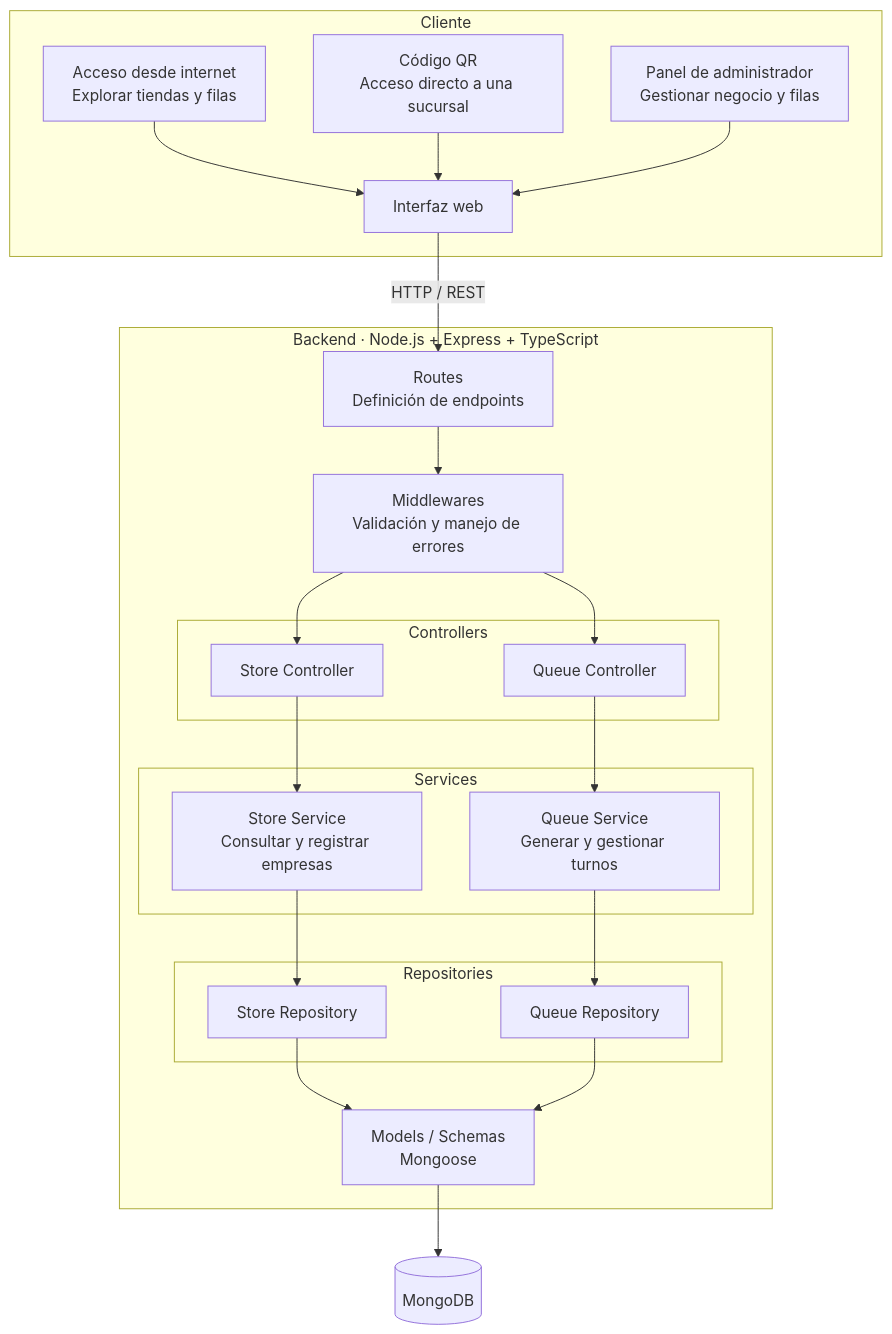
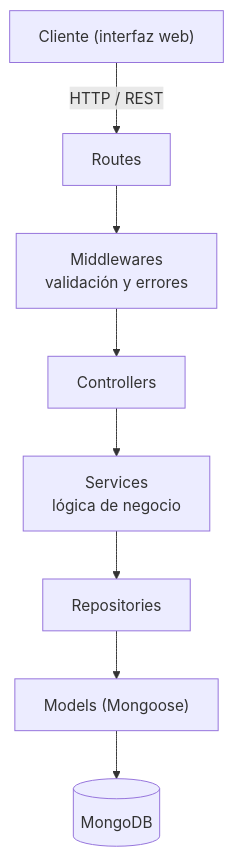
The diagram in README.md (FabXix/TurnHub), drawn with Mermaid before and after one commit. The commit also changed other lines of this file and 20 other files, not shown here.

````diff
--- a/README.md
+++ b/README.md
@@ -7,52 +26,10 @@
 ```mermaid
 flowchart TB
-    subgraph CLIENTE["Cliente"]
-        WEB["Interfaz web"]
-        INTERNET["Acceso desde internet<br/>Explorar tiendas y filas"]
-        QR["Código QR<br/>Acceso directo a una sucursal"]
-        ADMIN["Panel de administrador<br/>Gestionar negocio y filas"]
-    end
-
-    subgraph BACKEND["Backend · Node.js + Express + TypeScript"]
-        ROUTES["Routes<br/>Definición de endpoints"]
-        MW["Middlewares<br/>Validación y manejo de errores"]
-
-        subgraph CONTROLLERS["Controllers"]
-            C1["Store Controller"]
-            C2["Queue Controller"]
-        end
-
-        subgraph SERVICES["Services"]
-            S1["Store Service<br/>Consultar y registrar empresas"]
-            S2["Queue Service<br/>Generar y gestionar turnos"]
-        end
-
-        subgraph REPOSITORIES["Repositories"]
-            R1["Store Repository"]
-            R2["Queue Repository"]
-        end
-
-        MODELS["Models / Schemas<br/>Mongoose"]
-    end
-
-    DB[("MongoDB")]
-
-    INTERNET --> WEB
-    QR --> WEB
-    ADMIN --> WEB
-
-    WEB -->|"HTTP / REST"| ROUTES
-    ROUTES --> MW
-    MW --> C1
-    MW --> C2
-
-    C1 --> S1
-    C2 --> S2
-
-    S1 --> R1
-    S2 --> R2
-
-    R1 --> MODELS
-    R2 --> MODELS
-    MODELS --> DB
+    CLIENTE["Cliente (interfaz web)"] -->|"HTTP / REST"| ROUTES["Routes"]
+    ROUTES --> MW["Middlewares<br/>validación y errores"]
+    MW --> CTRL["Controllers"]
+    CTRL --> SVC["Services<br/>lógica de negocio"]
+    SVC --> REPO["Repositories"]
+    REPO --> MODELS["Models (Mongoose)"]
+    MODELS --> DB[("MongoDB")]
 ```
````
